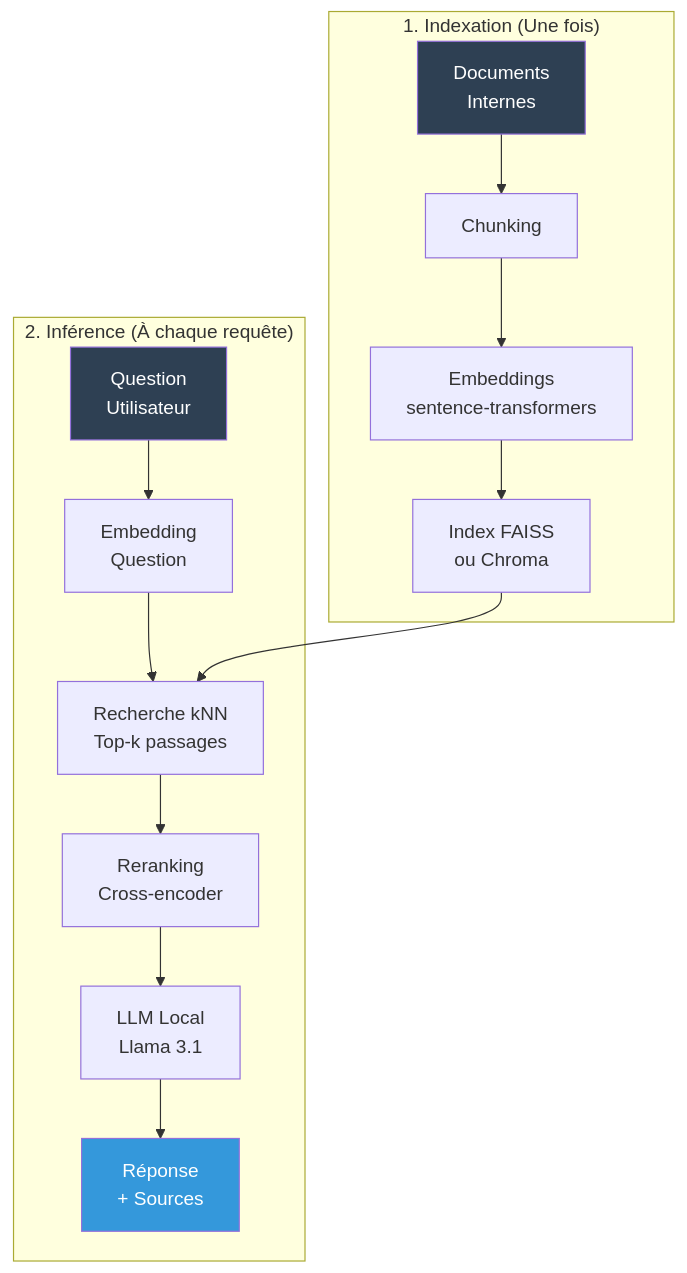
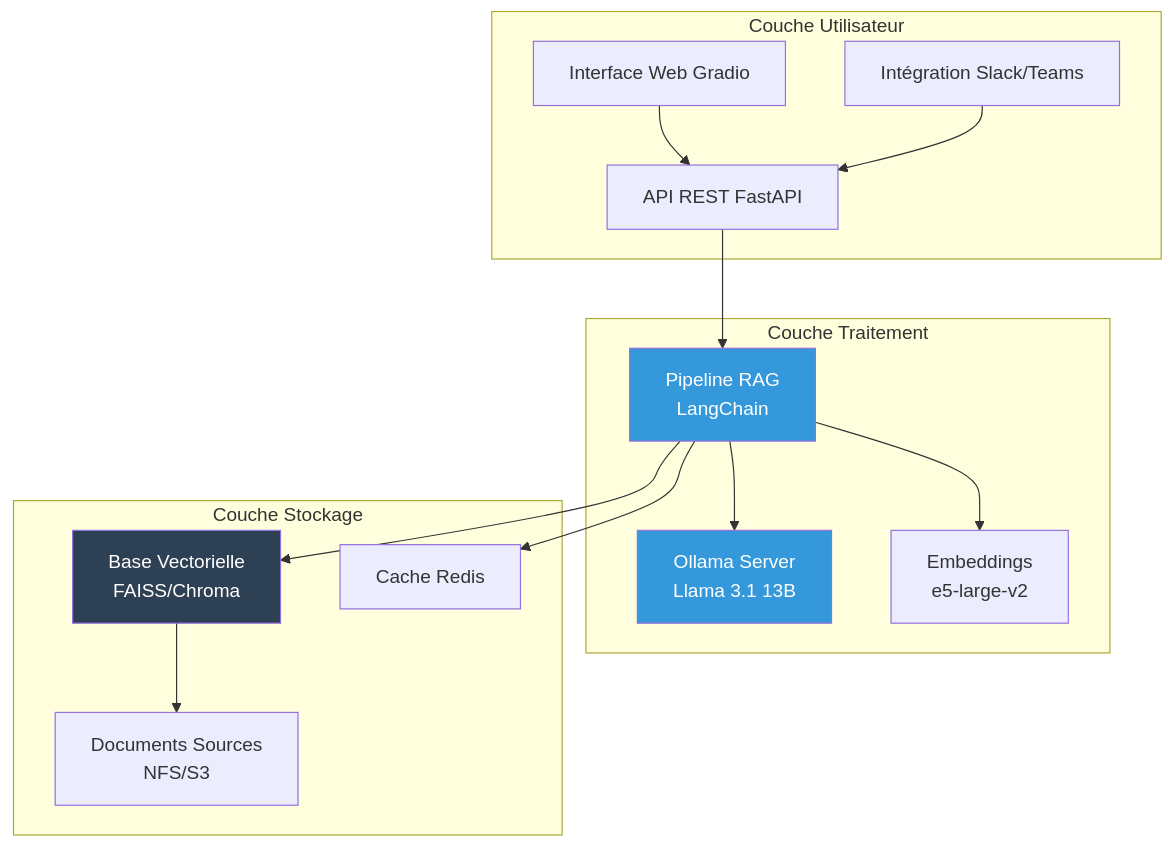
One commit to kl-IOS/IA_Locale changed the third of 3 diagrams in claude/presentation_corporate.md. Above: the diagram before and after it, drawn with Mermaid. The commit also changed other lines of this file and 16 other files, not shown here.

````diff
--- a/claude/presentation_corporate.md
+++ b/claude/presentation_corporate.md
@@ -318,21 +234,33 @@
 ```mermaid
 graph TB
-    subgraph "1. Indexation (Une fois)"
-        A[Documents<br/>Internes] --> B[Chunking]
-        B --> C[Embeddings<br/>sentence-transformers]
-        C --> D[Index FAISS<br/>ou Chroma]
+    subgraph "Couche Utilisateur"
+        A[Interface Web Gradio]
+        B[API REST FastAPI]
+        C[Intégration Slack/Teams]
     end
 
-    subgraph "2. Inférence (À chaque requête)"
-        E[Question<br/>Utilisateur] --> F[Embedding<br/>Question]
-        F --> G[Recherche kNN<br/>Top-k passages]
-        D --> G
-        G --> H[Reranking<br/>Cross-encoder]
-        H --> I[LLM Local<br/>Llama 3.1]
-        I --> J[Réponse<br/>+ Sources]
+    subgraph "Couche Traitement"
+        D[Ollama Server<br/>Llama 3.1 13B]
+        E[Pipeline RAG<br/>LangChain]
+        F[Embeddings<br/>e5-large-v2]
     end
 
-    style A fill:#2E4053,color:#fff
-    style E fill:#2E4053,color:#fff
-    style J fill:#3498DB,color:#fff
+    subgraph "Couche Stockage"
+        G[Base Vectorielle<br/>FAISS/Chroma]
+        H[Documents Sources<br/>NFS/S3]
+        I[Cache Redis]
+    end
+
+    A --> B
+    B --> E
+    C --> B
+    E --> D
+    E --> F
+    E --> G
+    G --> H
+    E --> I
+
+    style D fill:#3498DB,color:#fff
+    style E fill:#3498DB,color:#fff
+    style G fill:#2E4053,color:#fff
 ```
````
